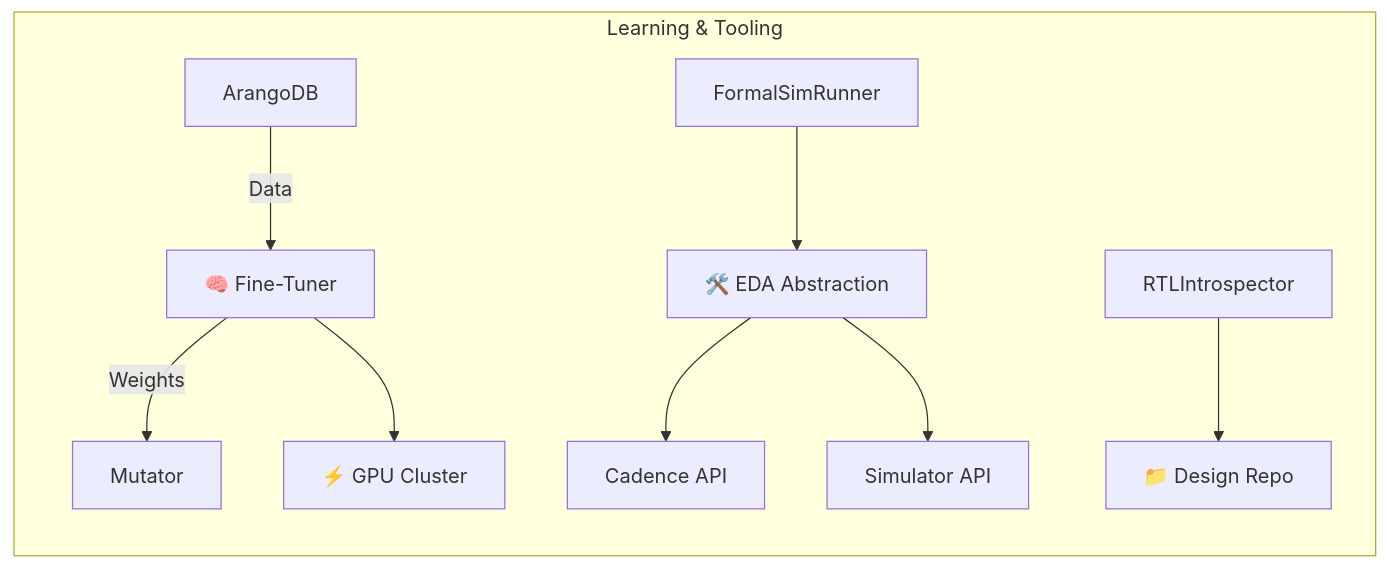
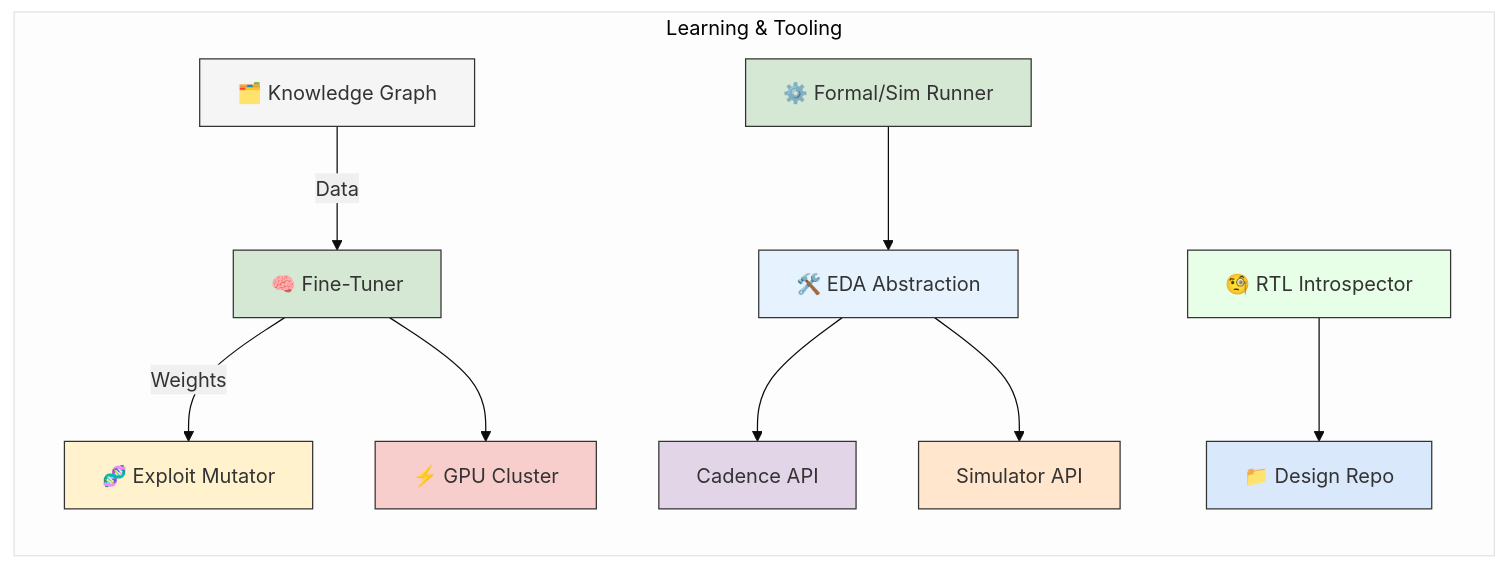
The second of 2 diagrams in draper_exploit_evo/README.md (grahama1970/draper), drawn with Mermaid before and after one commit. The commit also changed other lines of this file and 5 other files, not shown here.

````diff
--- a/draper_exploit_evo/README.md
+++ b/draper_exploit_evo/README.md
@@ -79,14 +93,26 @@
 ```mermaid
+%%{init: {'theme': 'base', 'themeVariables': { 'primaryColor': '#f0f0f0'}}}%%
 graph LR
     subgraph "Learning & Tooling"
-        ArangoDB -->|Data| FineTuner["🧠 Fine-Tuner"]
-        FineTuner -->|Weights| Mutator
-        FineTuner --> Compute["⚡ GPU Cluster"]
+        ArangoDB["🗂️ Knowledge Graph"]:::db -->|Data| FineTuner["🧠 Fine-Tuner"]:::tuner
+        FineTuner -->|Weights| Mutator["🧬 Exploit Mutator"]:::mutator
+        FineTuner --> Compute["⚡ GPU Cluster"]:::compute
         
-        FormalSimRunner --> EDA["🛠️ EDA Abstraction"]
-        EDA --> Cadence["Cadence API"]
-        EDA --> Simulator["Simulator API"]
+        FormalSimRunner["⚙️ Formal/Sim Runner"]:::runner --> EDA["🛠️ EDA Abstraction"]:::eda
+        EDA --> Cadence["Cadence API"]:::cadence
+        EDA --> Simulator["Simulator API"]:::simulator
         
-        RTLIntrospector --> DesignRepo["📁 Design Repo"]
+        RTLIntrospector["🧐 RTL Introspector"]:::rtl --> DesignRepo["📁 Design Repo"]:::repo
     end
+
+    classDef db fill:#f5f5f5,stroke:#333
+    classDef tuner fill:#d5e8d4,stroke:#333
+    classDef mutator fill:#fff2cc,stroke:#333
+    classDef compute fill:#f8cecc,stroke:#333
+    classDef runner fill:#d5e8d4,stroke:#333
+    classDef eda fill:#e6f3ff,stroke:#333
+    classDef cadence fill:#e1d5e7,stroke:#333
+    classDef simulator fill:#ffe6cc,stroke:#333
+    classDef rtl fill:#e6ffe6,stroke:#333
+    classDef repo fill:#dae8fc,stroke:#333
 ```
````
